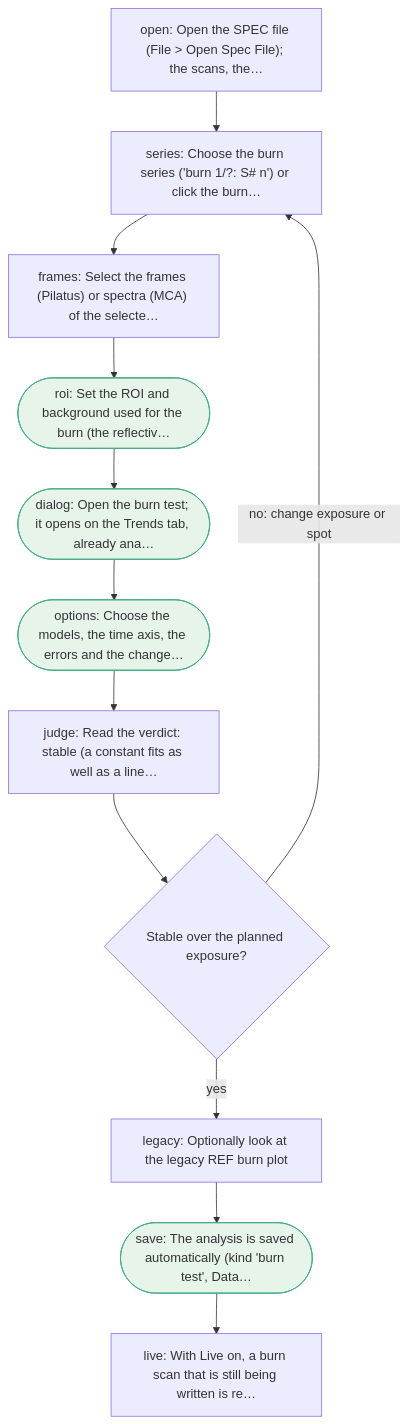
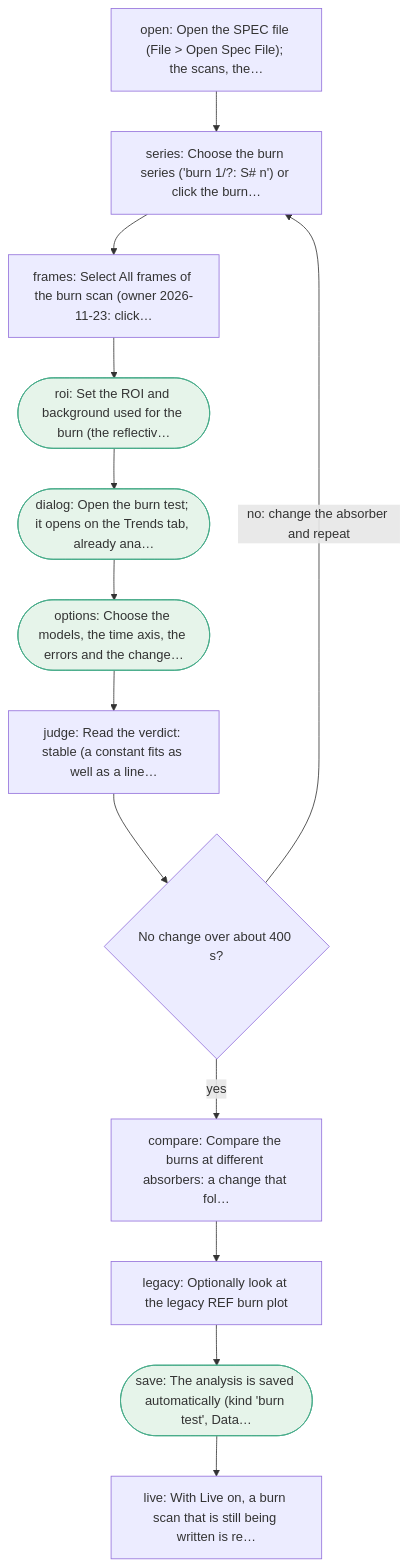
Before and after one commit to Dave-J-W/LSS_Reader2: the second of 14 diagrams in docs/gui/workflows.md, drawn with Mermaid. The commit also changed other lines of this file and 9 other files, not shown here.

````diff
--- a/docs/gui/workflows.md
+++ b/docs/gui/workflows.md
@@ -34,27 +104,29 @@
 ```mermaid
 flowchart TD
     burn_ref_open["open: Open the SPEC file (File &gt; Open Spec File); the scans, the…"]
     burn_ref_series["series: Choose the burn series ('burn 1/?: S# n') or click the burn…"]
-    burn_ref_frames["frames: Select the frames (Pilatus) or spectra (MCA) of the selecte…"]
+    burn_ref_frames["frames: Select All frames of the burn scan (owner 2026-11-23: click…"]
     burn_ref_roi(["roi: Set the ROI and background used for the burn (the reflectiv…"])
     burn_ref_dialog(["dialog: Open the burn test; it opens on the Trends tab, already ana…"])
     burn_ref_options(["options: Choose the models, the time axis, the errors and the change…"])
     burn_ref_judge["judge: Read the verdict: stable (a constant fits as well as a line…"]
-    burn_ref_judge_d{"Stable over the planned exposure?"}
+    burn_ref_judge_d{"No change over about 400 s?"}
+    burn_ref_compare["compare: Compare the burns at different absorbers: a change that fol…"]
     burn_ref_legacy["legacy: Optionally look at the legacy REF burn plot"]
     burn_ref_save(["save: The analysis is saved automatically (kind 'burn test', Data…"])
     burn_ref_live["live: With Live on, a burn scan that is still being written is re…"]
     burn_ref_open --> burn_ref_series
     burn_ref_series --> burn_ref_frames
     burn_ref_frames --> burn_ref_roi
     burn_ref_roi --> burn_ref_dialog
     burn_ref_dialog --> burn_ref_options
     burn_ref_options --> burn_ref_judge
     burn_ref_judge --> burn_ref_judge_d
-    burn_ref_judge_d -- "no: change exposure or spot" --> burn_ref_series
-    burn_ref_judge_d -- "yes" --> burn_ref_legacy
+    burn_ref_judge_d -- "no: change the absorber and repeat" --> burn_ref_series
+    burn_ref_judge_d -- "yes" --> burn_ref_compare
+    burn_ref_compare --> burn_ref_legacy
     burn_ref_legacy --> burn_ref_save
     burn_ref_save --> burn_ref_live
     classDef auto fill:#e6f4ea,stroke:#4a8;
     class burn_ref_roi,burn_ref_dialog,burn_ref_options,burn_ref_save auto;
 ```
````
